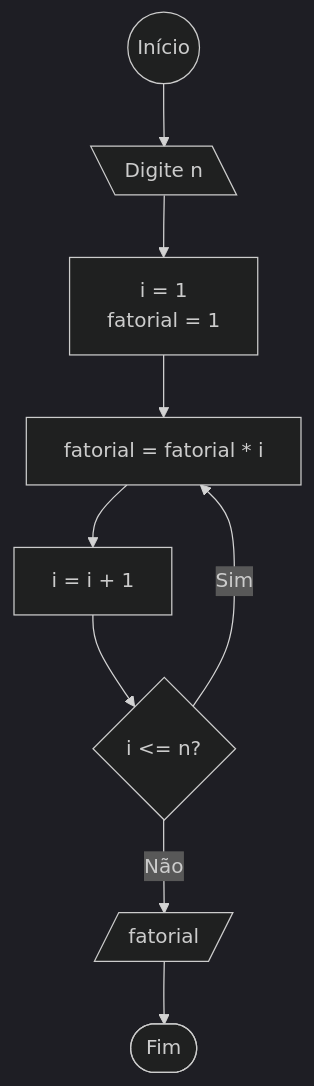
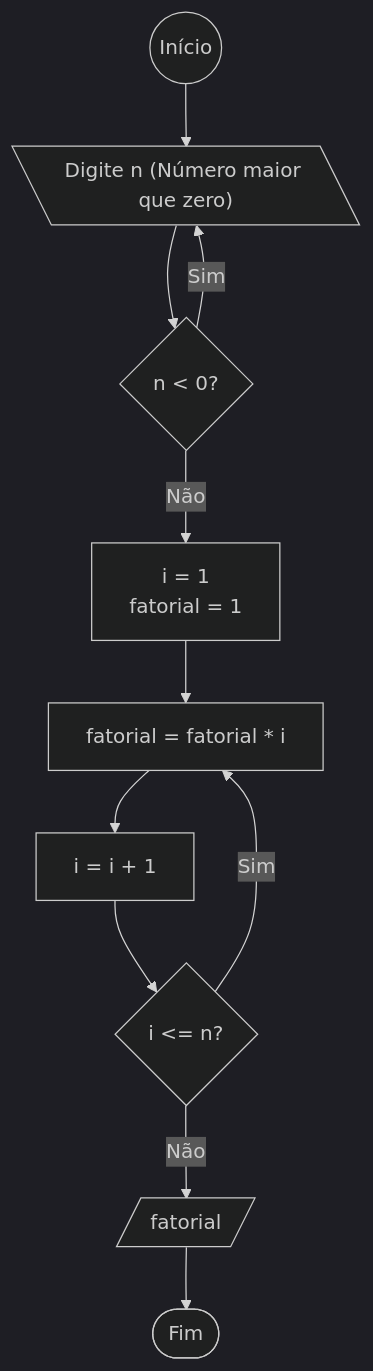
Before and after one commit to lucasmiguelleite/Lista_Caina: the eighth of 10 diagrams in LP_Lista_01/README.md, drawn with Mermaid (dark theme).

Commit message:
:books: docs: lista 01 exercício 08 corrigido

````diff
--- a/LP_Lista_01/README.md
+++ b/LP_Lista_01/README.md
@@ -145,14 +145,16 @@
    ```mermaid
    flowchart TD
-      start(( Início )) --> input[\ Digite n \]
-      input --> A[ 
+      start(( Início )) --> input[\" Digite n (Número maior que zero) "\]
+      input --> if{ n < 0? }
+      if --> | Sim | input 
+      if --> | Não | A[ 
          i = 1 
          fatorial = 1 
       ]
       A --> B[ fatorial = fatorial * i]
       B --> C[ i = i + 1 ]
       C --> verification{ i <= n? }
       verification --> | Sim | B
       verification --> | Não | D[/ fatorial /]
       D --> finish([ Fim ])
    ```
````
